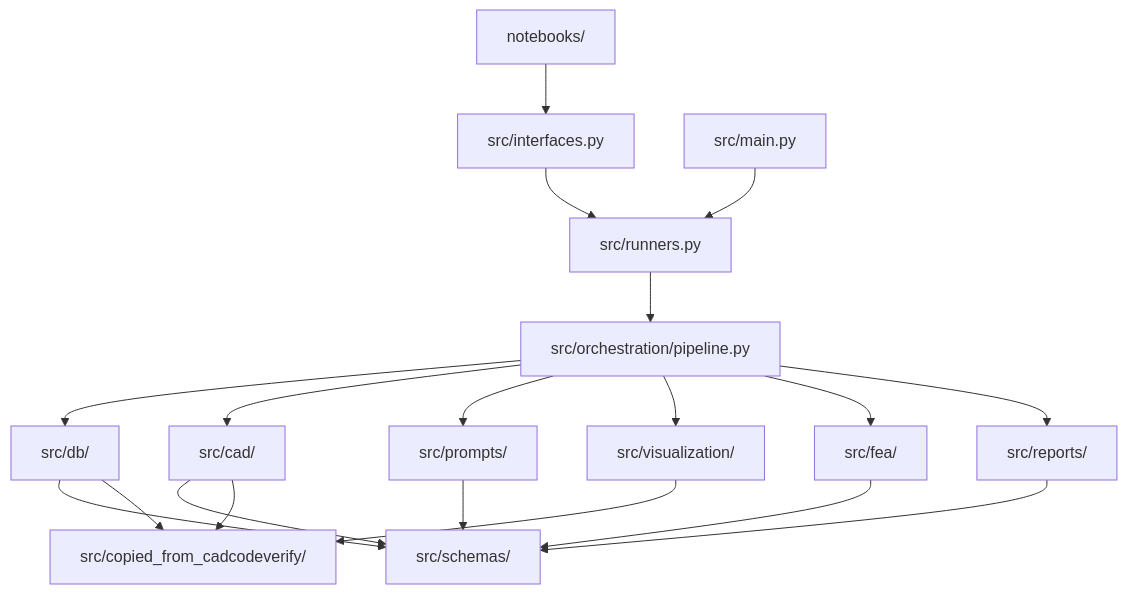
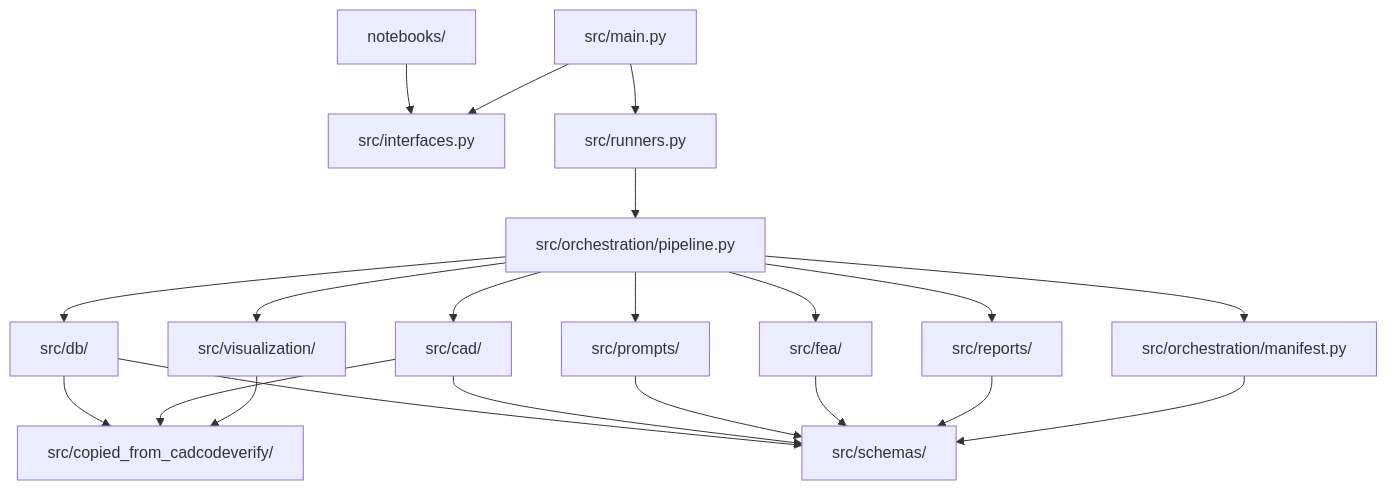
Before and after one commit to Vedaang-Chopra/CAD-Physics: the diagram in docs/ai_context/CODEBASE_MAP.md, drawn with Mermaid. The commit also changed other lines of this file and 19 other files, not shown here.

Commit message:
pi: complete phase 11 cli pipeline

````diff
--- a/docs/ai_context/CODEBASE_MAP.md
+++ b/docs/ai_context/CODEBASE_MAP.md
@@ -13,21 +13,23 @@
 ```mermaid
 graph TD
     notebook[notebooks/] --> iface[src/interfaces.py]
     cli[src/main.py] --> runners[src/runners.py]
-    iface --> runners
+    cli --> iface
     runners --> pipeline[src/orchestration/pipeline.py]
+    pipeline --> manifest[src/orchestration/manifest.py]
     pipeline --> db[src/db/]
     pipeline --> cad[src/cad/]
     pipeline --> prompts[src/prompts/]
     pipeline --> viz[src/visualization/]
     pipeline --> fea[src/fea/]
     pipeline --> reports[src/reports/]
     db --> schemas[src/schemas/]
     cad --> schemas
     prompts --> schemas
     fea --> schemas
     reports --> schemas
+    manifest --> schemas
     db --> copied[src/copied_from_cadcodeverify/]
     cad --> copied
     viz --> copied
 ```
````
